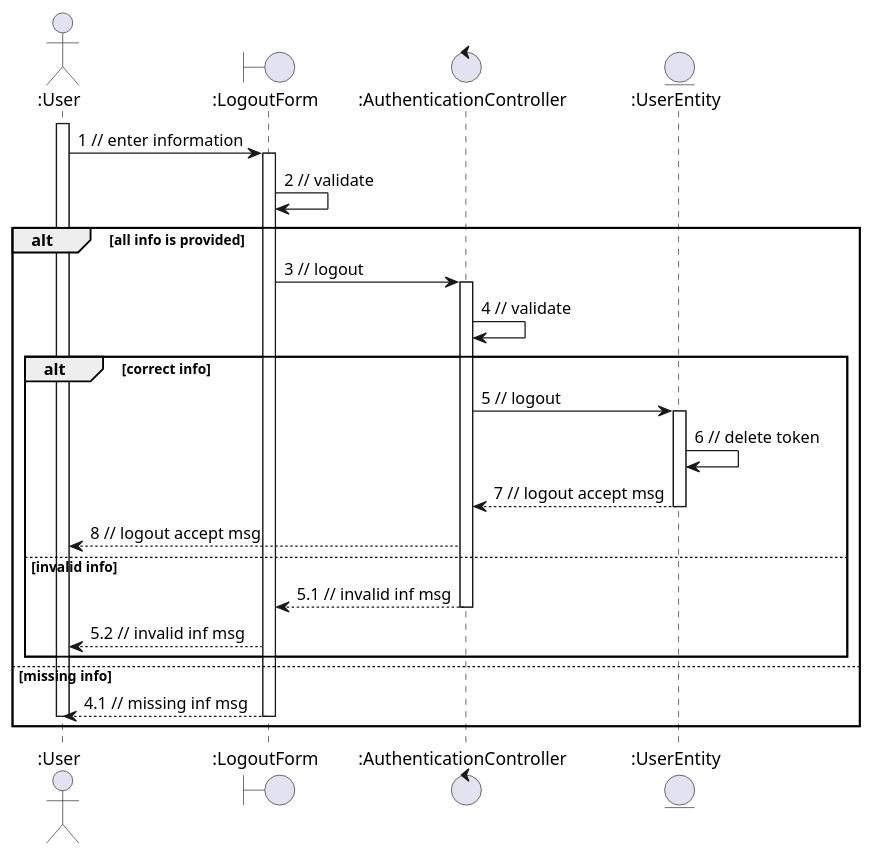
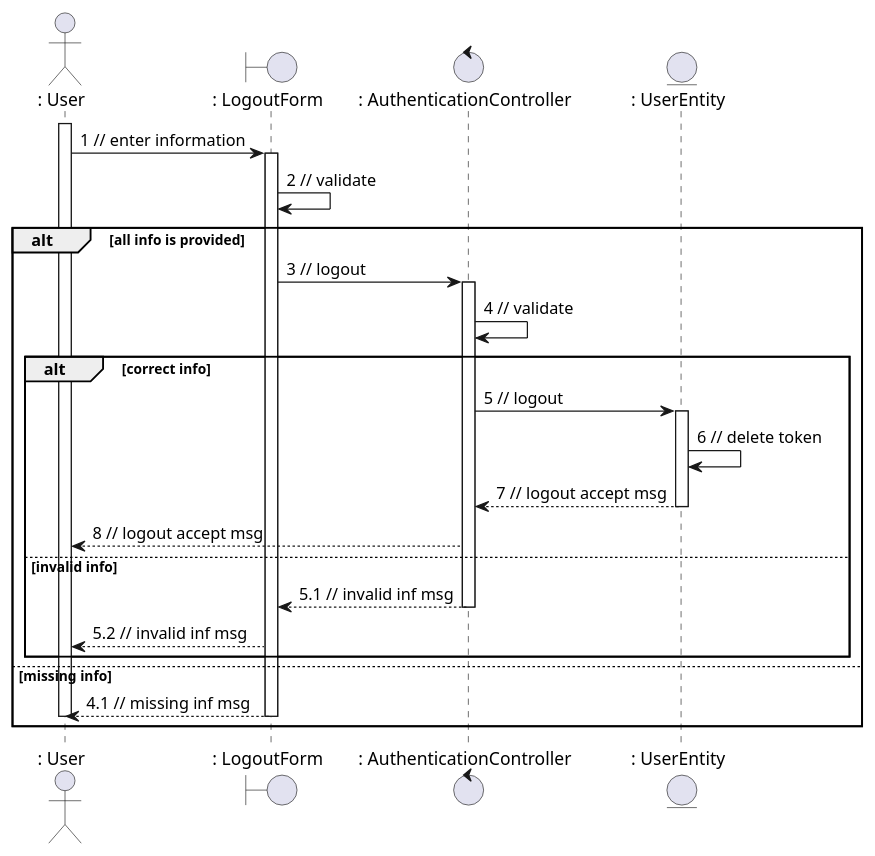
Before and after one commit to anonyhostvn/OOAD-Diagram: the diagram in sequence - analysis/authentication/logout.plantuml, drawn with PlantUML. The commit also changed 33 other files, not shown here.

```diff
--- a/sequence - analysis/authentication/logout.plantuml
+++ b/sequence - analysis/authentication/logout.plantuml
@@ -1,39 +1,39 @@
 @startuml
-actor ":User"
-boundary ":LogoutForm"
-control ":AuthenticationController"
-entity ":UserEntity"
-activate ":User"
-":User" -> ":LogoutForm" : 1 // enter information
-activate ":LogoutForm"
-":LogoutForm" -> ":LogoutForm" : 2 // validate
+actor ": User"
+boundary ": LogoutForm"
+control ": AuthenticationController"
+entity ": UserEntity"
+activate ": User"
+": User" -> ": LogoutForm" : 1 // enter information
+activate ": LogoutForm"
+": LogoutForm" -> ": LogoutForm" : 2 // validate
 alt all info is provided
 
-":LogoutForm" -> ":AuthenticationController" : 3 // logout
-activate ":AuthenticationController"
-":AuthenticationController" -> ":AuthenticationController" : 4 // validate
+": LogoutForm" -> ": AuthenticationController" : 3 // logout
+activate ": AuthenticationController"
+": AuthenticationController" -> ": AuthenticationController" : 4 // validate
 
 alt correct info
 
-":AuthenticationController" -> ":UserEntity" : 5 // logout
-activate ":UserEntity"
-":UserEntity" -> ":UserEntity" : 6 // delete token
-":UserEntity" --> ":AuthenticationController" : 7 // logout accept msg
-deactivate ":UserEntity"
-":AuthenticationController" --> ":User" : 8 // logout accept msg
+": AuthenticationController" -> ": UserEntity" : 5 // logout
+activate ": UserEntity"
+": UserEntity" -> ": UserEntity" : 6 // delete token
+": UserEntity" --> ": AuthenticationController" : 7 // logout accept msg
+deactivate ": UserEntity"
+": AuthenticationController" --> ": User" : 8 // logout accept msg
 
 else invalid info
 
-":AuthenticationController" --> ":LogoutForm" : 5.1 // invalid inf msg
-deactivate ":AuthenticationController"
-":LogoutForm" --> ":User" : 5.2 // invalid inf msg
+": AuthenticationController" --> ": LogoutForm" : 5.1 // invalid inf msg
+deactivate ": AuthenticationController"
+": LogoutForm" --> ": User" : 5.2 // invalid inf msg
 
 end
 
 else missing info
 
-":LogoutForm" --> ":User" : 4.1 // missing inf msg
-deactivate ":LogoutForm"
-deactivate ":User"
+": LogoutForm" --> ": User" : 4.1 // missing inf msg
+deactivate ": LogoutForm"
+deactivate ": User"
 end
 @enduml
```
